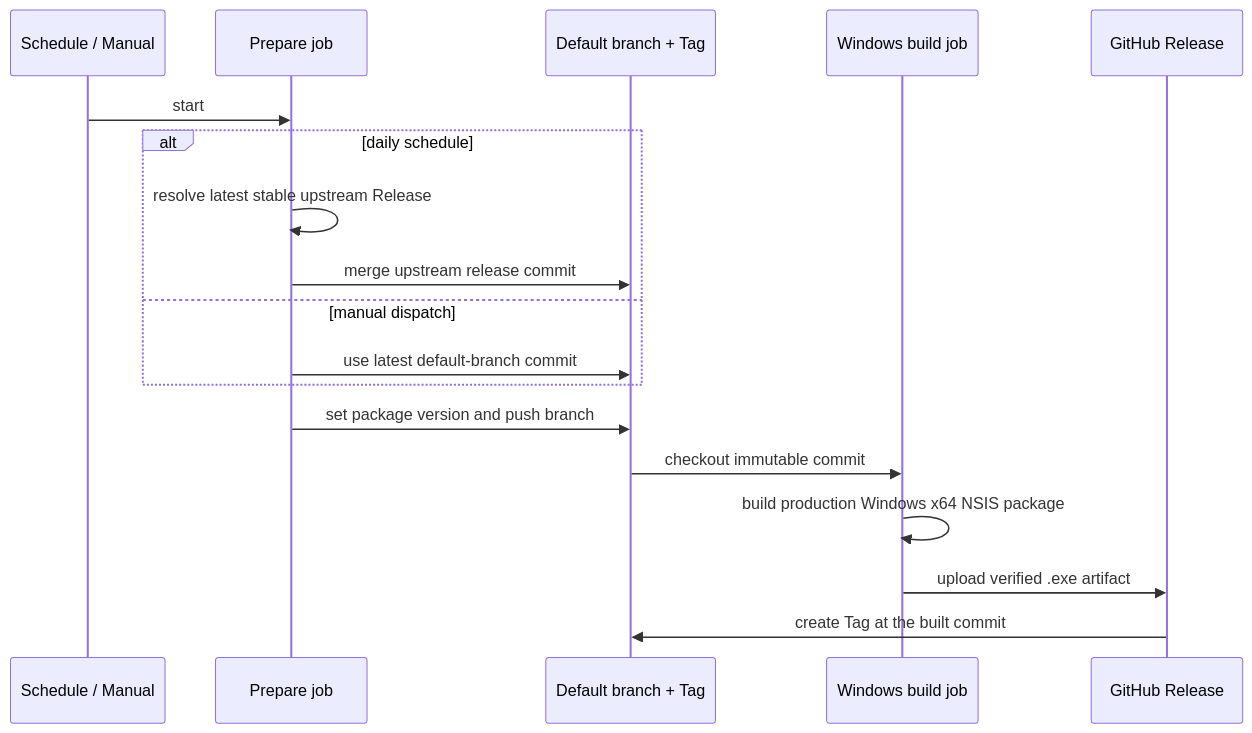
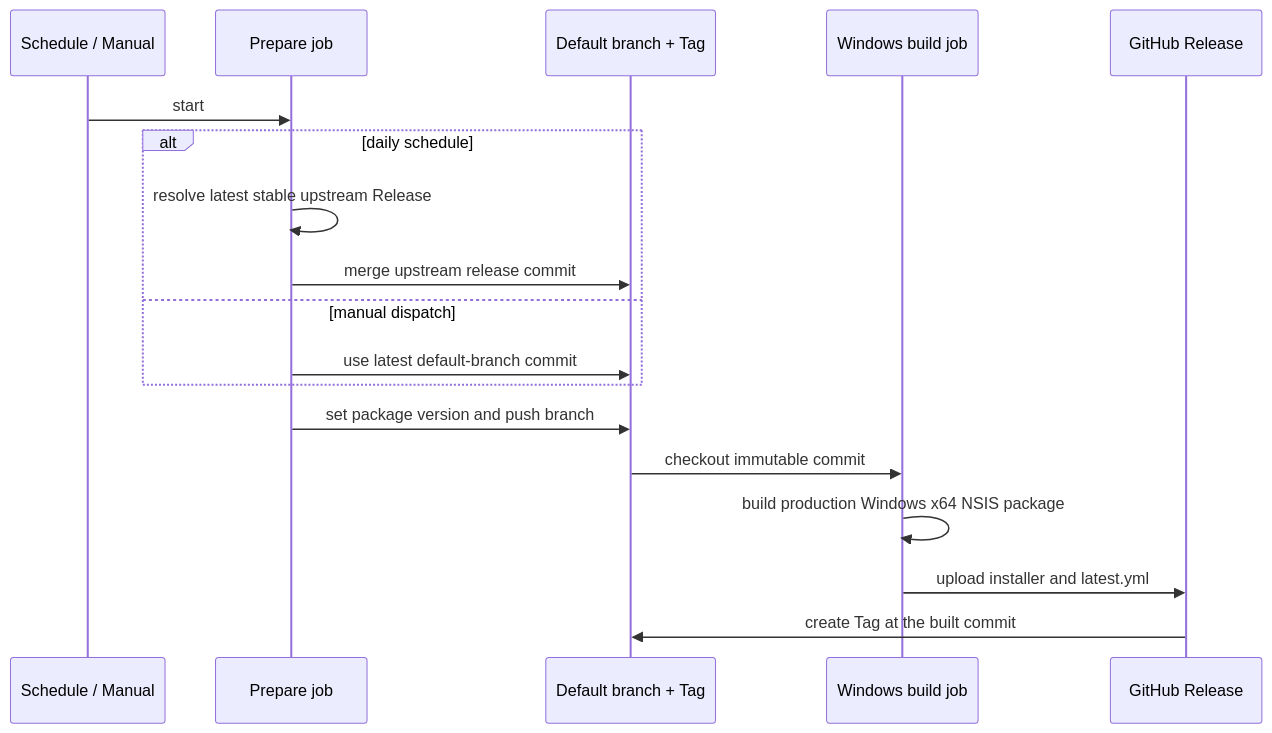
Before and after one commit to railzen/ZCode: the diagram in docs/specs/upstream-windows-release.md, drawn with Mermaid. The commit also changed other lines of this file and 5 other files, not shown here.

````diff
--- a/docs/specs/upstream-windows-release.md
+++ b/docs/specs/upstream-windows-release.md
@@ -22,21 +22,21 @@
 ```mermaid
 sequenceDiagram
     participant Trigger as Schedule / Manual
     participant Prepare as Prepare job
     participant Git as Default branch + Tag
     participant Build as Windows build job
     participant Release as GitHub Release
 
     Trigger->>Prepare: start
     alt daily schedule
         Prepare->>Prepare: resolve latest stable upstream Release
         Prepare->>Git: merge upstream release commit
     else manual dispatch
         Prepare->>Git: use latest default-branch commit
     end
     Prepare->>Git: set package version and push branch
     Git->>Build: checkout immutable commit
     Build->>Build: build production Windows x64 NSIS package
-    Build->>Release: upload verified .exe artifact
+    Build->>Release: upload installer and latest.yml
     Release->>Git: create Tag at the built commit
 ```
````
